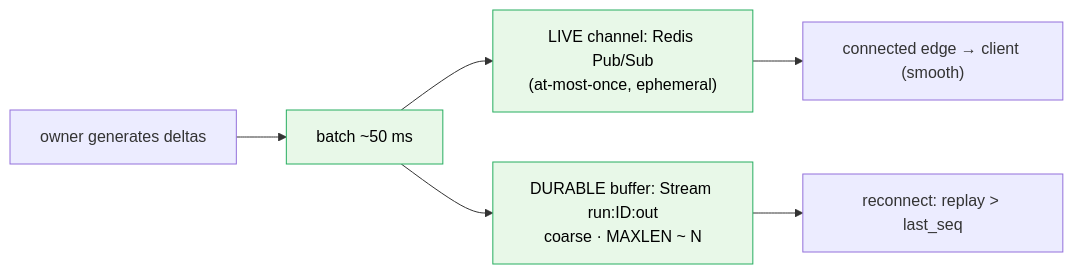
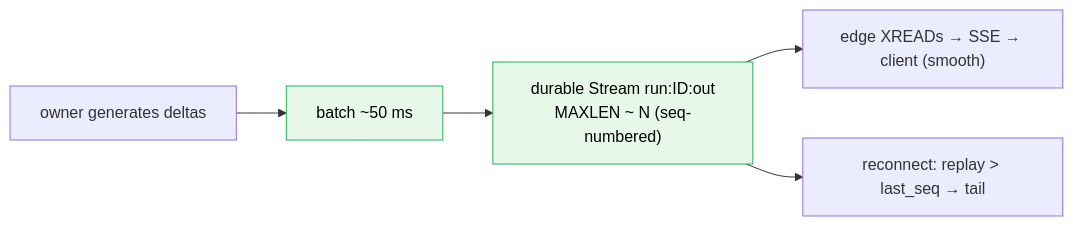
Before and after one commit to AuroSoni/agent-harness: diagram 18 of 18 in NEW_CONSOLIDATEED_ARCHITECTURE.md, drawn with Mermaid. The commit also changed other lines of this file and 2 other files, not shown here.

Commit message:
Add new architecture review document for `NEW_CONSOLIDATEED_ARCHITECTURE.md`, summarizing dual-model evaluations and consensus findings on the proposed agent runtime design, including critical insights on scope and idempotency.

````diff
--- a/NEW_CONSOLIDATEED_ARCHITECTURE.md
+++ b/NEW_CONSOLIDATEED_ARCHITECTURE.md
@@ -1112,11 +1090,10 @@
 ```mermaid
 flowchart LR
     GEN["owner generates deltas"] --> BATCH["batch ~50 ms"]
-    BATCH --> LIVE["LIVE channel: Redis Pub/Sub<br/>(at-most-once, ephemeral)"]
-    BATCH --> DUR["DURABLE buffer: Stream run:ID:out<br/>coarse · MAXLEN ~ N"]
-    LIVE --> EDGE["connected edge → client (smooth)"]
-    DUR --> RECON["reconnect: replay > last_seq"]
+    BATCH --> DUR["durable Stream run:ID:out<br/>MAXLEN ~ N (seq-numbered)"]
+    DUR --> EDGE["edge XREADs → SSE → client (smooth)"]
+    DUR --> RECON["reconnect: replay > last_seq → tail"]
 
     classDef prop fill:#e8f8e8,stroke:#27ae60,color:#000;
-    class BATCH,LIVE,DUR prop;
+    class BATCH,DUR prop;
 ```
````
